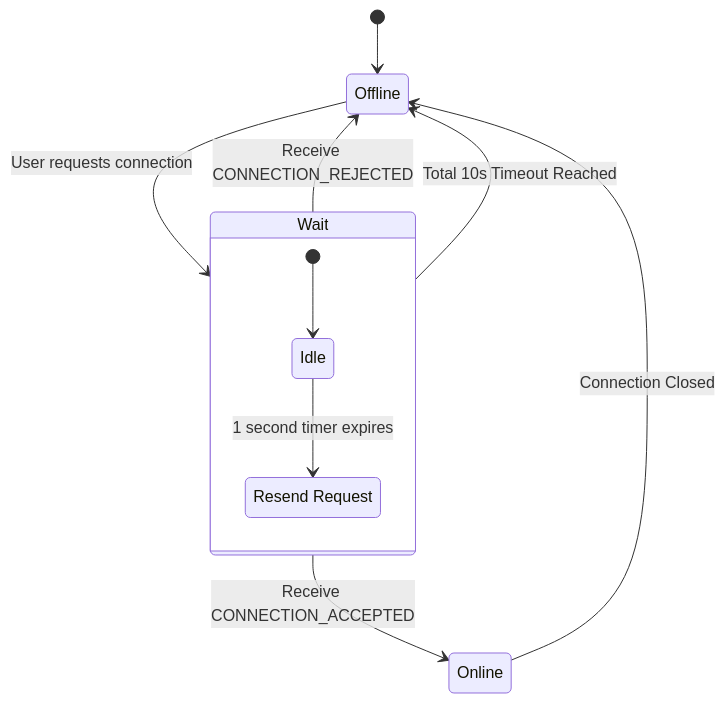
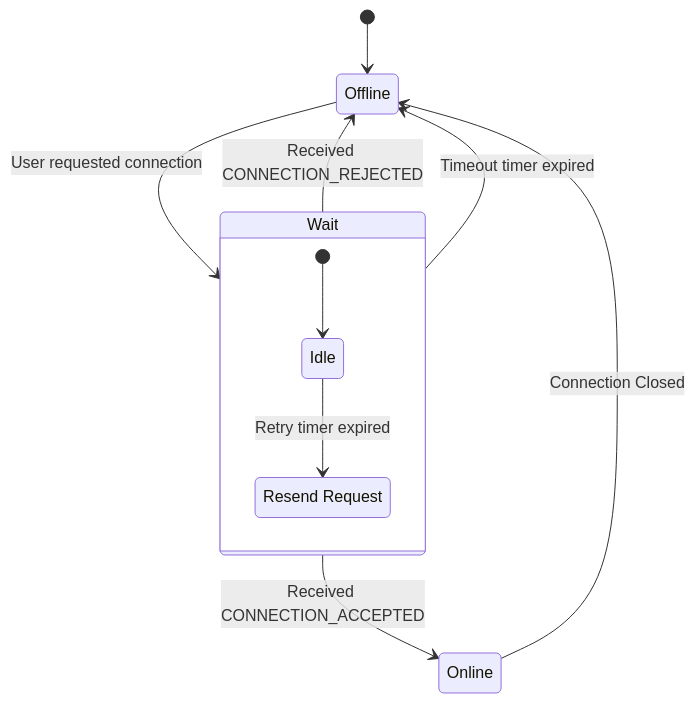
Before and after one commit to UQAC-Homework/8djv104_tp2: the second of 4 diagrams in RFC.md, drawn with Mermaid. The commit also changed other lines of this file, not shown here.

````diff
--- a/RFC.md
+++ b/RFC.md
@@ -516,17 +516,17 @@
 ```mermaid
 stateDiagram-v2
     [*] --> Offline
-    Offline --> Wait: User requests connection
+    Offline --> Wait: User requested connection
     
     state Wait {
 		Retransmit: Resend Request
         [*] --> Idle
-        Idle --> Retransmit: 1 second timer expires
+        Idle --> Retransmit: Retry timer expired
     }
     
-    Wait --> Online: Receive CONNECTION_ACCEPTED
-    Wait --> Offline: Receive CONNECTION_REJECTED
-    Wait --> Offline: Total 10s Timeout Reached
+    Wait --> Online: Received CONNECTION_ACCEPTED
+    Wait --> Offline: Received CONNECTION_REJECTED
+    Wait --> Offline: Timeout timer expired
     
     Online --> Offline: Connection Closed
 ```
````
